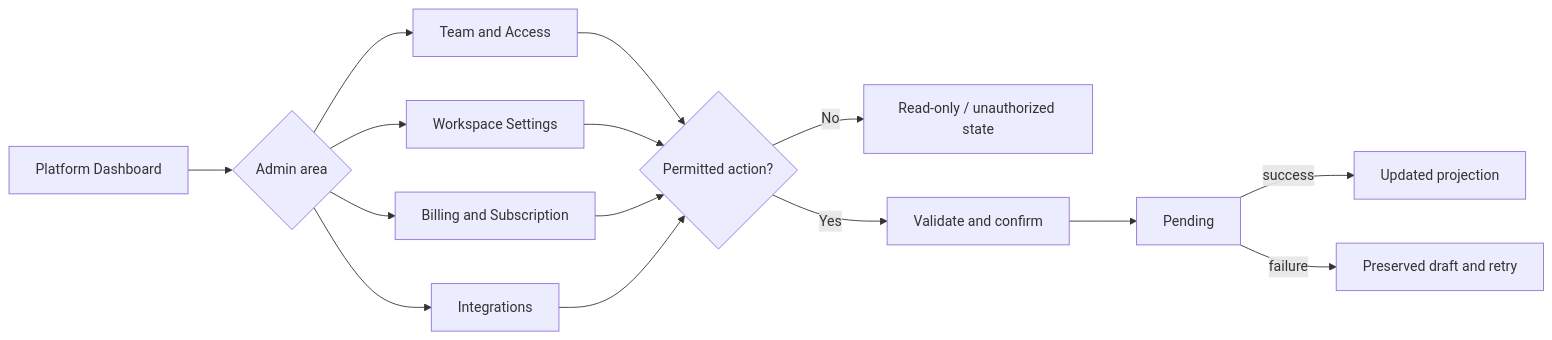
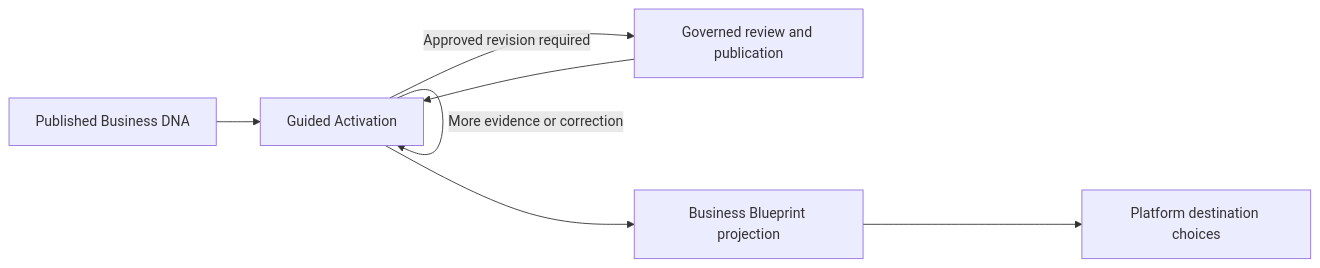
Before and after one commit to Mustafa-1993-commits/nexoraxs-v3: the fifth of 10 diagrams in docs/03-ui-ux/06-USER-FLOWS.md, drawn with Mermaid. The commit also changed other lines of this file and 23 other files, not shown here.

````diff
--- a/docs/03-ui-ux/06-USER-FLOWS.md
+++ b/docs/03-ui-ux/06-USER-FLOWS.md
@@ -273,17 +150,9 @@
 ```mermaid
 flowchart LR
-    A[Platform Dashboard] --> B{Admin area}
-    B --> C[Team and Access]
-    B --> D[Workspace Settings]
-    B --> E[Billing and Subscription]
-    B --> F[Integrations]
-    C --> G{Permitted action?}
-    D --> G
-    E --> G
-    F --> G
-    G -->|No| H[Read-only / unauthorized state]
-    G -->|Yes| I[Validate and confirm]
-    I --> J[Pending]
-    J -->|success| K[Updated projection]
-    J -->|failure| L[Preserved draft and retry]
+  A[Published Business DNA] --> B[Guided Activation]
+  B -->|More evidence or correction| B
+  B -->|Approved revision required| C[Governed review and publication]
+  C --> B
+  B --> D[Business Blueprint projection]
+  D --> E[Platform destination choices]
 ```
````
